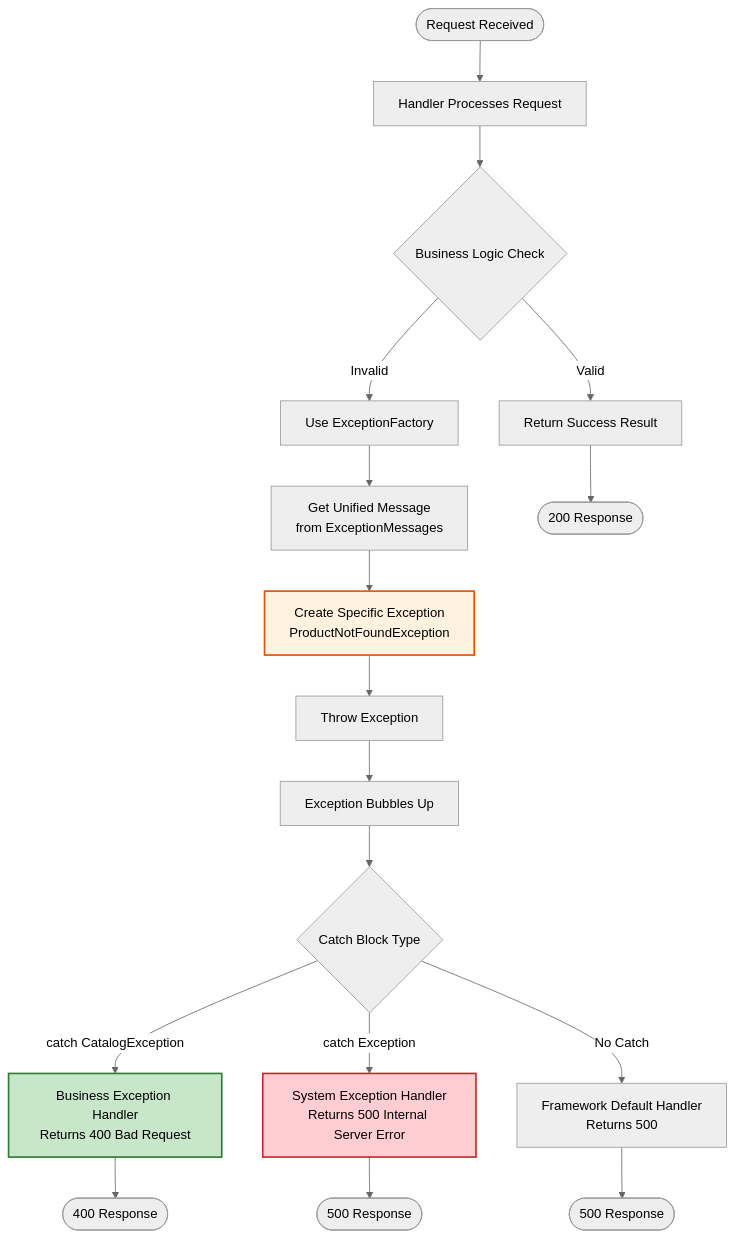
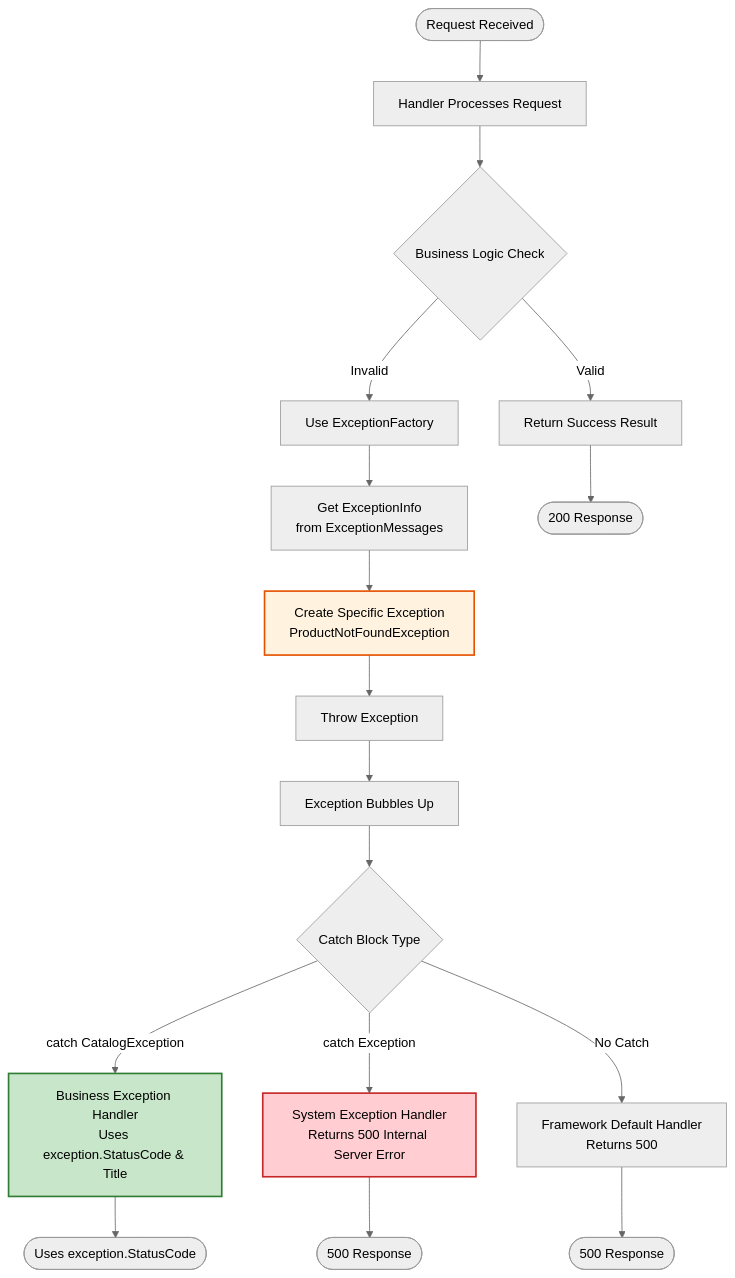
The third of 5 diagrams in src/Services/Catalog/Catalog.API/Exceptions/README.md (hamdyyemad/dotnet-microservices-ecommerce), drawn with Mermaid (neutral theme) before and after one commit. The commit also changed other lines of this file and 12 other files, not shown here.

First line of the commit message:
feat: Refactor product update flow, enhance error handling, and fix infra config

````diff
--- a/src/Services/Catalog/Catalog.API/Exceptions/README.md
+++ b/src/Services/Catalog/Catalog.API/Exceptions/README.md
@@ -102,29 +104,29 @@
 ```mermaid
 flowchart TD
     Start([Request Received])
     Start --> Handler[Handler Processes Request]
     Handler --> Check{Business Logic Check}
 
     Check -->|Valid| Success[Return Success Result]
     Check -->|Invalid| UseFactory[Use ExceptionFactory]
 
-    UseFactory --> GetMessage[Get Unified Message<br/>from ExceptionMessages]
-    GetMessage --> Create[Create Specific Exception<br/>ProductNotFoundException]
+    UseFactory --> GetExceptionInfo[Get ExceptionInfo<br/>from ExceptionMessages]
+    GetExceptionInfo --> Create[Create Specific Exception<br/>ProductNotFoundException]
     Create --> Throw[Throw Exception]
     Throw --> Bubble[Exception Bubbles Up]
 
     Bubble --> Catch{Catch Block Type}
 
-    Catch -->|catch CatalogException| BusinessHandler[Business Exception Handler<br/>Returns 400 Bad Request]
+    Catch -->|catch CatalogException| BusinessHandler[Business Exception Handler<br/>Uses exception.StatusCode & Title]
     Catch -->|catch Exception| SystemHandler[System Exception Handler<br/>Returns 500 Internal Server Error]
     Catch -->|No Catch| FrameworkHandler[Framework Default Handler<br/>Returns 500]
 
-    BusinessHandler --> End1([400 Response])
+    BusinessHandler --> End1([Uses exception.StatusCode])
     SystemHandler --> End2([500 Response])
     FrameworkHandler --> End3([500 Response])
     Success --> End4([200 Response])
 
     style Create fill:#fff3e0,stroke:#e65100,stroke-width:2px
     style BusinessHandler fill:#c8e6c9,stroke:#2e7d32,stroke-width:2px
     style SystemHandler fill:#ffcdd2,stroke:#c62828,stroke-width:2px
 ```
````
